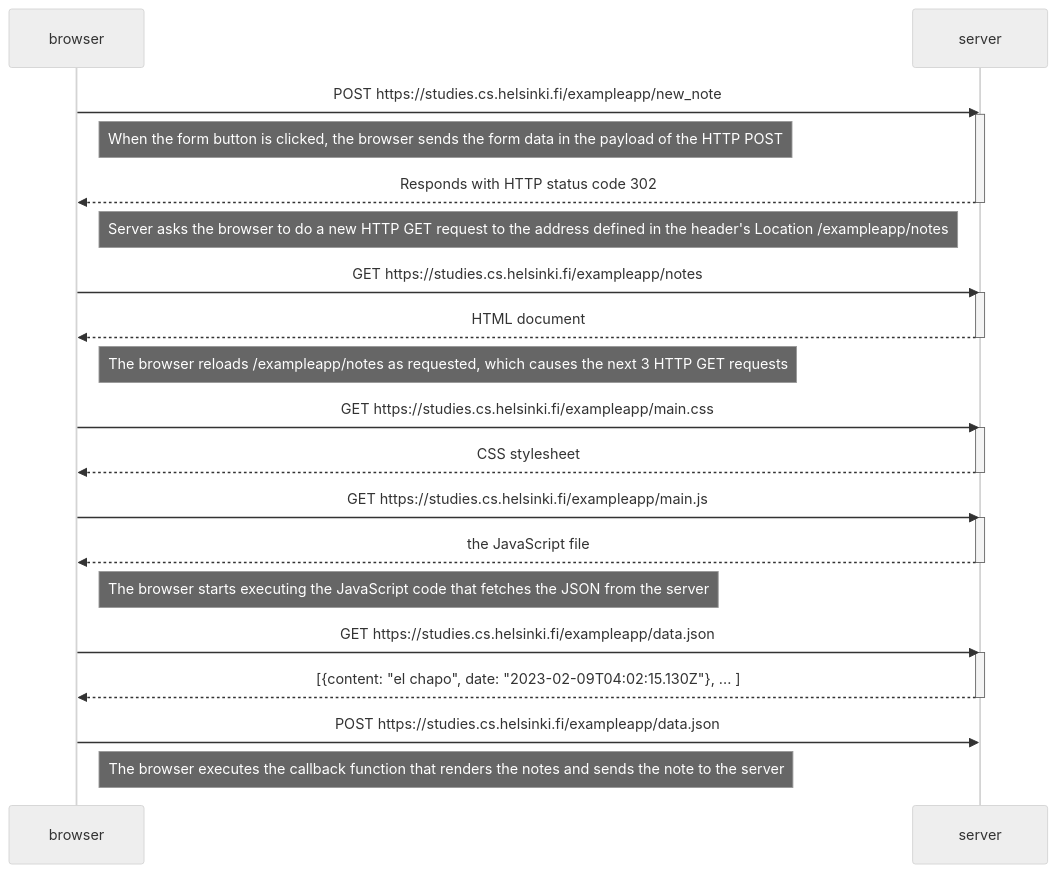
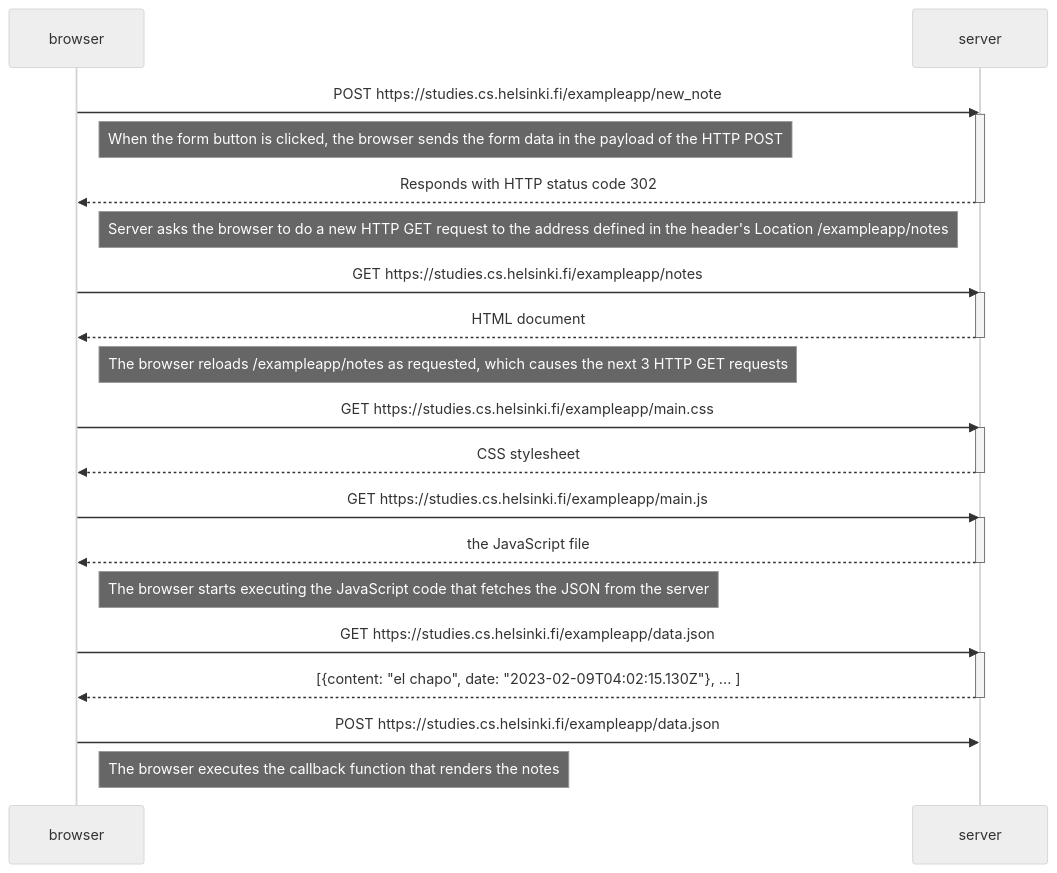
One commit to austintriggs/FullStackOpen-Exercises changed the diagram in part0.md. Above: the diagram before and after it, drawn with Mermaid (neutral theme). The commit also changed other lines of this file, not shown here.

````diff
--- a/part0.md
+++ b/part0.md
@@ -13,38 +13,38 @@
 ```mermaid
 sequenceDiagram
     participant browser
     participant server
     
     browser->>server: POST https://studies.cs.helsinki.fi/exampleapp/new_note
     activate server
     Note right of browser: When the form button is clicked, the browser sends the form data in the payload of the HTTP POST
     server-->>browser: Responds with HTTP status code 302
     deactivate server
     Note left of server: Server asks the browser to do a new HTTP GET request to the address defined in the header's Location /exampleapp/notes
 
     browser->>server: GET https://studies.cs.helsinki.fi/exampleapp/notes
     activate server
     server-->>browser: HTML document
     deactivate server
     Note right of browser: The browser reloads /exampleapp/notes as requested, which causes the next 3 HTTP GET requests
     
     browser->>server: GET https://studies.cs.helsinki.fi/exampleapp/main.css
     activate server
     server-->>browser: CSS stylesheet
     deactivate server
 
     browser->>server: GET https://studies.cs.helsinki.fi/exampleapp/main.js
     activate server
     server-->>browser: the JavaScript file
     deactivate server
     
     Note right of browser: The browser starts executing the JavaScript code that fetches the JSON from the server
     
     browser->>server: GET https://studies.cs.helsinki.fi/exampleapp/data.json
     activate server
     server-->>browser: [{content: "el chapo", date: "2023-02-09T04:02:15.130Z"}, ... ]
     deactivate server    
     browser->>server: POST https://studies.cs.helsinki.fi/exampleapp/data.json
     activate server
-    Note right of browser: The browser executes the callback function that renders the notes and sends the note to the server
+    Note right of browser: The browser executes the callback function that renders the notes
 ```
````
